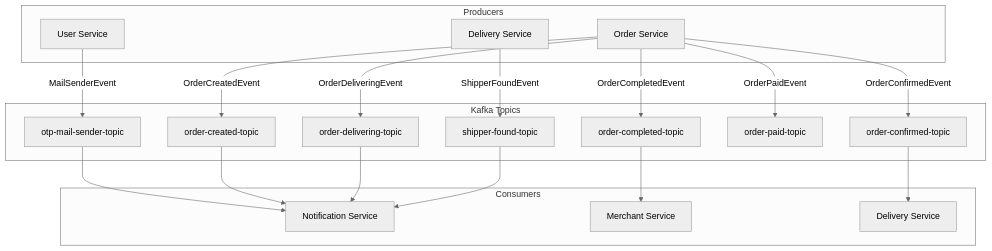
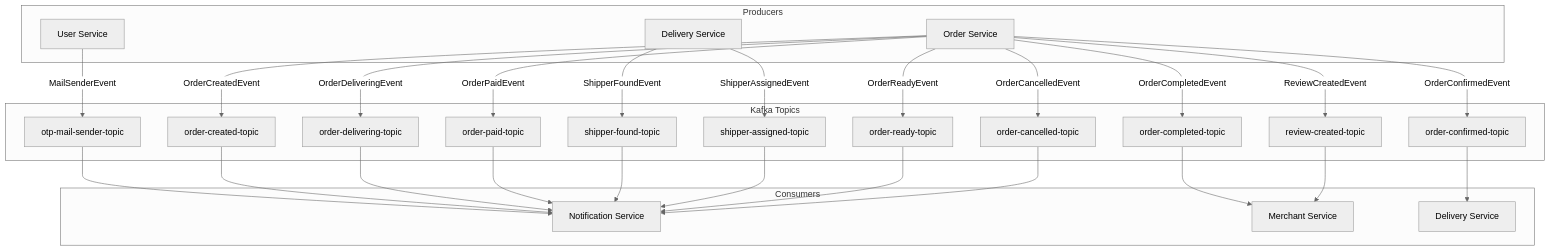
One commit to FO-Application/FO-Backend-App changed the diagram in KAFKA_EVENT_FLOWS.md. Above: the diagram before and after it, drawn with Mermaid (neutral theme). The commit also changed other lines of this file and 56 other files, not shown here.

````diff
--- a/KAFKA_EVENT_FLOWS.md
+++ b/KAFKA_EVENT_FLOWS.md
@@ -19,39 +19,53 @@
 ```mermaid
 flowchart TB
     subgraph Producers
         US[User Service]
         OS[Order Service]
         DS[Delivery Service]
     end
 
     subgraph Kafka Topics
         T1[otp-mail-sender-topic]
         T2[order-created-topic]
         T3[order-confirmed-topic]
         T4[order-delivering-topic]
         T5[order-completed-topic]
         T6[order-paid-topic]
         T7[shipper-found-topic]
+        T8[shipper-assigned-topic]
+        T9[order-ready-topic]
+        T10[order-cancelled-topic]
+        T11[review-created-topic]
     end
 
     subgraph Consumers
         NS[Notification Service]
         MS[Merchant Service]
         DS2[Delivery Service]
     end
 
     US -->|MailSenderEvent| T1
     OS -->|OrderCreatedEvent| T2
     OS -->|OrderConfirmedEvent| T3
     OS -->|OrderDeliveringEvent| T4
     OS -->|OrderCompletedEvent| T5
     OS -->|OrderPaidEvent| T6
+    OS -->|OrderReadyEvent| T9
+    OS -->|OrderCancelledEvent| T10
+    OS -->|ReviewCreatedEvent| T11
+    
     DS -->|ShipperFoundEvent| T7
+    DS -->|ShipperAssignedEvent| T8
 
     T1 --> NS
     T2 --> NS
     T3 --> DS2
     T4 --> NS
     T5 --> MS
+    T6 --> NS
     T7 --> NS
+    T8 --> NS
+    T9 --> NS
+    T10 --> NS
+    T11 --> MS
 ```
````
